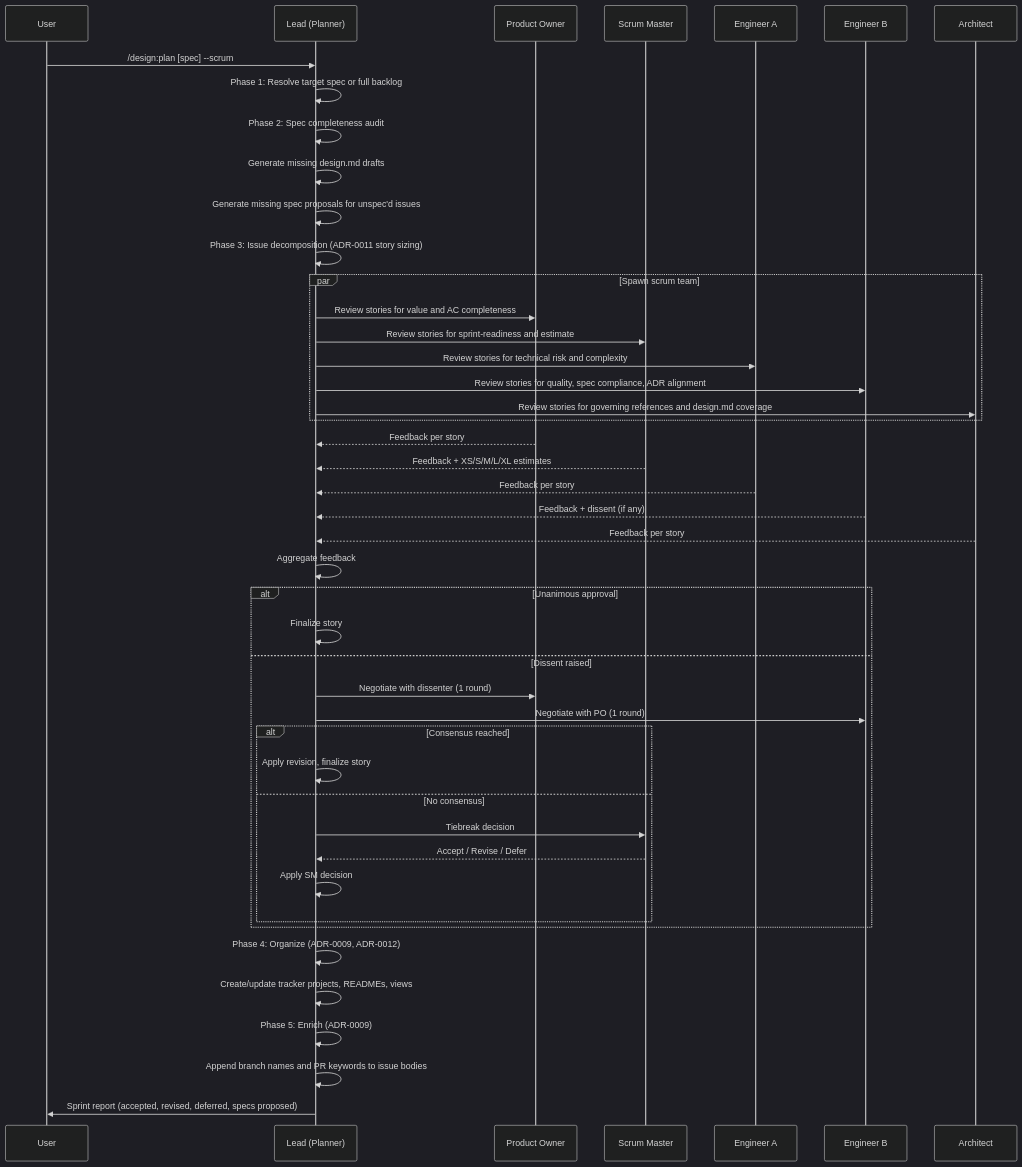
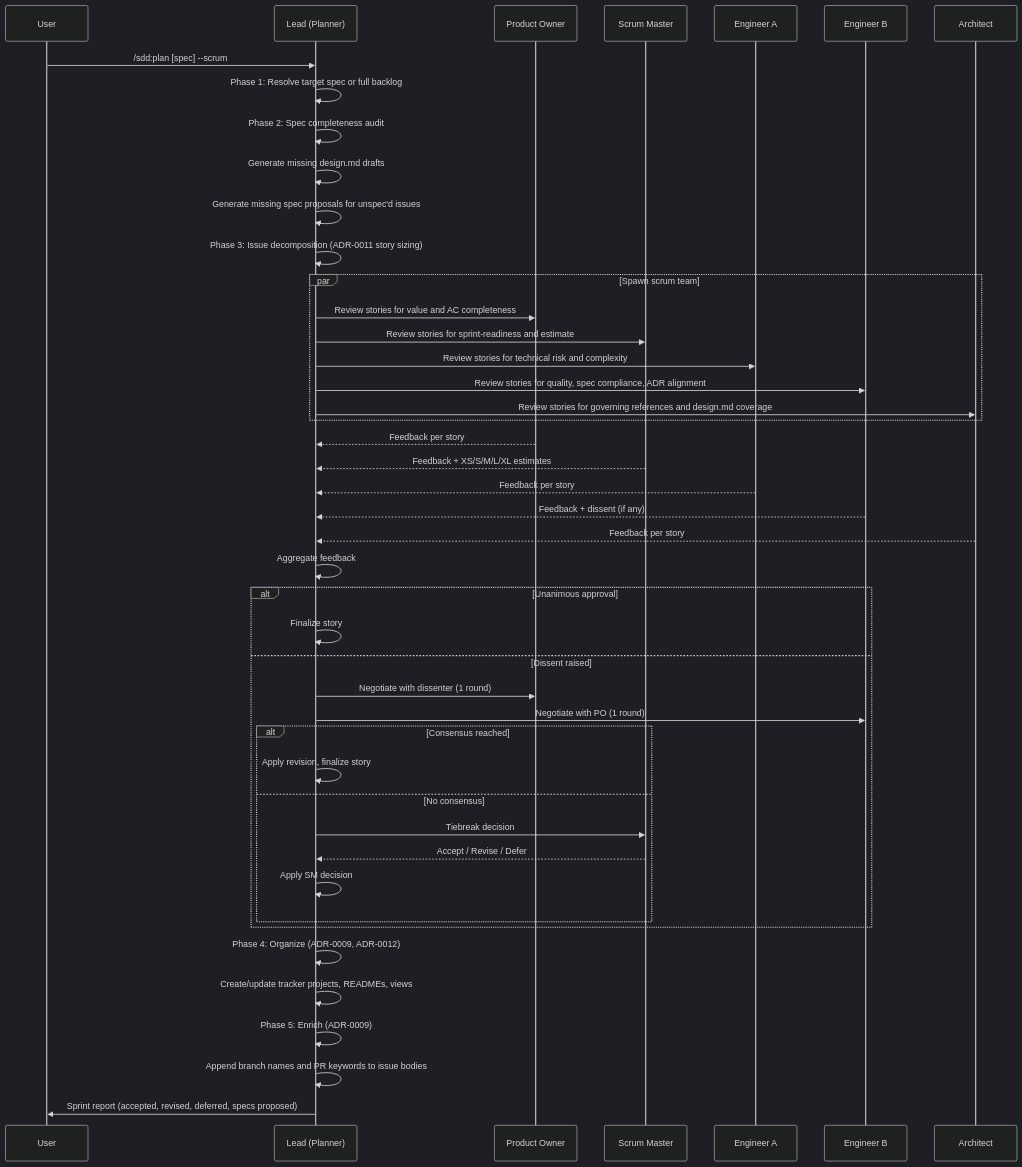
One commit to joestump/claude-plugin-design changed the first of 2 diagrams in docs/openspec/specs/scrum-mode-sprint-planning/design.md. Above: the diagram before and after it, drawn with Mermaid (dark theme). The commit also changed other lines of this file and 106 other files, not shown here.

First line of the commit message:
Rename plugin: design → sdd (Spec-Driven Development) (#75)

````diff
--- a/docs/openspec/specs/scrum-mode-sprint-planning/design.md
+++ b/docs/openspec/specs/scrum-mode-sprint-planning/design.md
@@ -94,53 +94,53 @@
 ```mermaid
 sequenceDiagram
     participant U as User
     participant L as Lead (Planner)
     participant PO as Product Owner
     participant SM as Scrum Master
     participant EA as Engineer A
     participant EB as Engineer B
     participant AR as Architect
 
-    U->>L: /design:plan [spec] --scrum
+    U->>L: /sdd:plan [spec] --scrum
     L->>L: Phase 1: Resolve target spec or full backlog
     L->>L: Phase 2: Spec completeness audit
     L->>L: Generate missing design.md drafts
     L->>L: Generate missing spec proposals for unspec'd issues
     L->>L: Phase 3: Issue decomposition (ADR-0011 story sizing)
 
     par Spawn scrum team
         L->>PO: Review stories for value and AC completeness
         L->>SM: Review stories for sprint-readiness and estimate
         L->>EA: Review stories for technical risk and complexity
         L->>EB: Review stories for quality, spec compliance, ADR alignment
         L->>AR: Review stories for governing references and design.md coverage
     end
 
     PO-->>L: Feedback per story
     SM-->>L: Feedback + XS/S/M/L/XL estimates
     EA-->>L: Feedback per story
     EB-->>L: Feedback + dissent (if any)
     AR-->>L: Feedback per story
 
     L->>L: Aggregate feedback
 
     alt Unanimous approval
         L->>L: Finalize story
     else Dissent raised
         L->>PO: Negotiate with dissenter (1 round)
         L->>EB: Negotiate with PO (1 round)
         alt Consensus reached
             L->>L: Apply revision, finalize story
         else No consensus
             L->>SM: Tiebreak decision
             SM-->>L: Accept / Revise / Defer
             L->>L: Apply SM decision
         end
     end
 
     L->>L: Phase 4: Organize (ADR-0009, ADR-0012)
     L->>L: Create/update tracker projects, READMEs, views
     L->>L: Phase 5: Enrich (ADR-0009)
     L->>L: Append branch names and PR keywords to issue bodies
     L->>U: Sprint report (accepted, revised, deferred, specs proposed)
 ```
````
